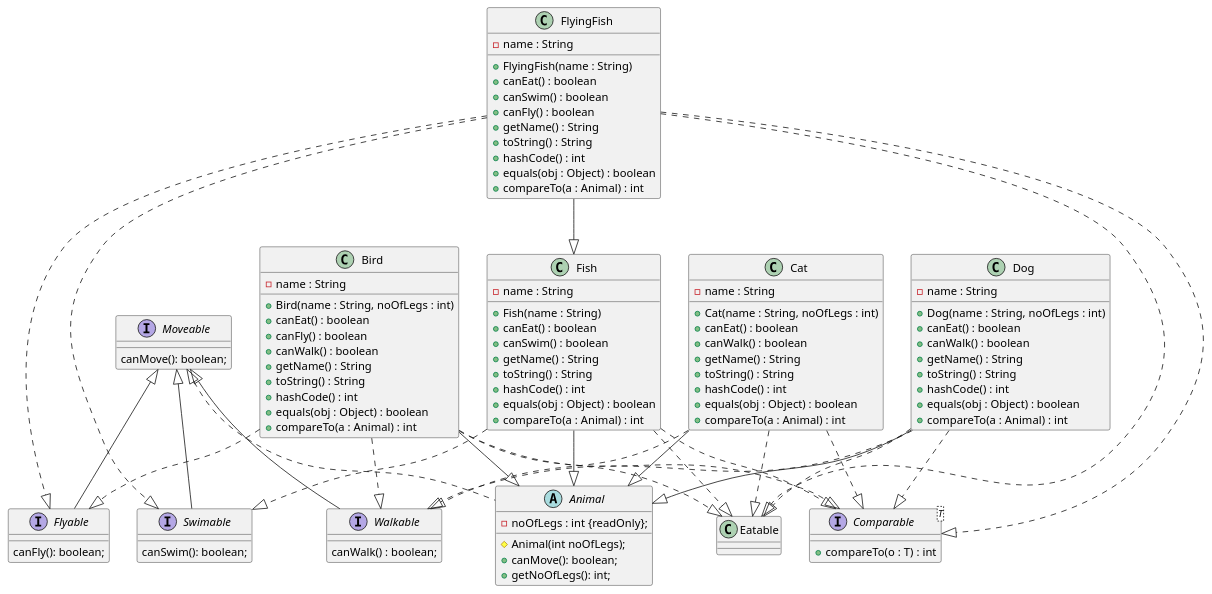
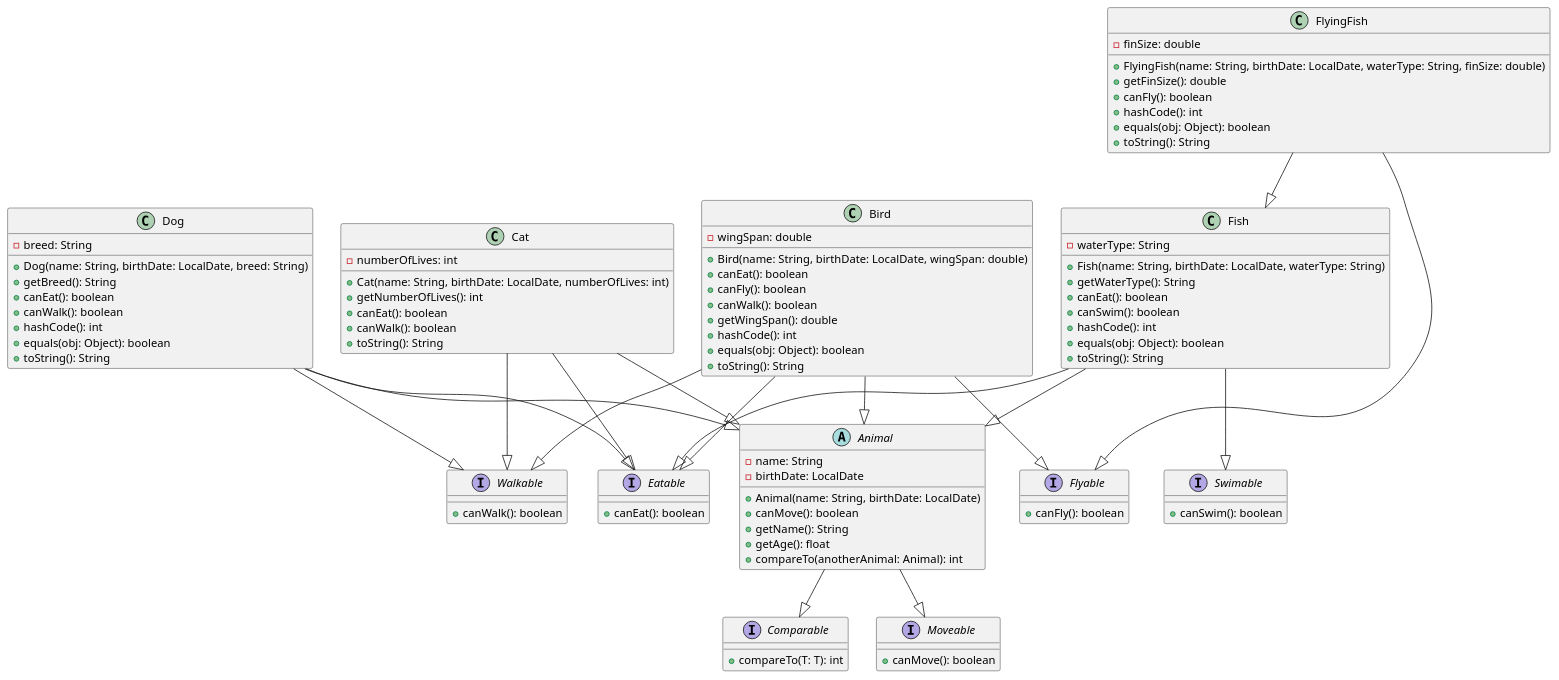
One commit to majidrouhani/idatt2003-inharitance-polymorphism-l6 changed the diagram in src/main/java/edu/ntnu/idatt2003/lectures/interfaces/animal/puml/animal.puml. Above: the diagram before and after it, drawn with PlantUML. The commit also changed 2 other files, not shown here.

```diff
--- a/src/main/java/edu/ntnu/idatt2003/lectures/interfaces/animal/puml/animal.puml
+++ b/src/main/java/edu/ntnu/idatt2003/lectures/interfaces/animal/puml/animal.puml
@@ -1,120 +1,115 @@
 @startuml
+abstract class Animal {
+  -name: String
+  -birthDate: LocalDate
+  +Animal(name: String, birthDate: LocalDate)
+  +canMove(): boolean
+  +getName(): String
+  +getAge(): float
+  +compareTo(anotherAnimal: Animal): int
+}
+class Bird {
+  -wingSpan: double
+  +Bird(name: String, birthDate: LocalDate, wingSpan: double)
+  +canEat(): boolean
+  +canFly(): boolean
+  +canWalk(): boolean
+  +getWingSpan(): double
+  +hashCode(): int
+  +equals(obj: Object): boolean
+  +toString(): String
+}
+
+class Cat {
+  -numberOfLives: int
+  +Cat(name: String, birthDate: LocalDate, numberOfLives: int)
+  +getNumberOfLives(): int
+  +canEat(): boolean
+  +canWalk(): boolean
+  +toString(): String
+}
+
+class Dog {
+  -breed: String
+  +Dog(name: String, birthDate: LocalDate, breed: String)
+  +getBreed(): String
+  +canEat(): boolean
+  +canWalk(): boolean
+  +hashCode(): int
+  +equals(obj: Object): boolean
+  +toString(): String
+}
+
+
+class Fish {
+  -waterType: String
+  +Fish(name: String, birthDate: LocalDate, waterType: String)
+  +getWaterType(): String
+  +canEat(): boolean
+  +canSwim(): boolean
+  +hashCode(): int
+  +equals(obj: Object): boolean
+  +toString(): String
+}
+
+class FlyingFish {
+  -finSize: double
+  +FlyingFish(name: String, birthDate: LocalDate, waterType: String, finSize: double)
+  +getFinSize(): double
+  +canFly(): boolean
+  +hashCode(): int
+  +equals(obj: Object): boolean
+  +toString(): String
+}
+
+interface Comparable {
+  +compareTo(T: T): int
+}
 
 interface Moveable {
-  canMove(): boolean;
+  +canMove(): boolean
 }
 
- abstract class Animal implements Moveable {
-  - noOfLegs : int {readOnly};
-  # Animal(int noOfLegs);
-  + canMove(): boolean;
-  + getNoOfLegs(): int;
+interface Walkable {
+  +canWalk(): boolean
 }
 
-interface Flyable extends Moveable {
-  canFly(): boolean;
+interface Flyable {
+  +canFly(): boolean
 }
 
-interface Swimable extends Moveable {
-  canSwim(): boolean;
+interface Eatable {
+  +canEat(): boolean
 }
 
-interface Walkable extends Moveable {
-  canWalk() : boolean;
+interface Swimable {
+  +canSwim(): boolean
 }
 
-interface Comparable<T> {
-  +compareTo(o : T) : int
-}
 
-class Bird {
-  -name : String
-  +Bird(name : String, noOfLegs : int)
-  +canEat() : boolean
-  +canFly() : boolean
-  +canWalk() : boolean
-  +getName() : String
-  +toString() : String
-  +hashCode() : int
-  +equals(obj : Object) : boolean
-  +compareTo(a : Animal) : int
-}
+Animal --|> Comparable
+Animal --|> Moveable
+
 
 Bird --|> Animal
-Bird ..|> Comparable
-Bird ..|> Walkable
-Bird ..|> Flyable
-Bird ..|> Eatable
+Bird --|> Walkable
+Bird --|> Flyable
+Bird --|> Eatable
 
-class Cat {
-  -name : String
-  +Cat(name : String, noOfLegs : int)
-  +canEat() : boolean
-  +canWalk() : boolean
-  +getName() : String
-  +toString() : String
-  +hashCode() : int
-  +equals(obj : Object) : boolean
-  +compareTo(a : Animal) : int
-}
 
 Cat --|> Animal
-Cat ..|> Comparable
-Cat ..|> Walkable
-Cat ..|> Eatable
-
-class Dog {
-  -name : String
-  +Dog(name : String, noOfLegs : int)
-  +canEat() : boolean
-  +canWalk() : boolean
-  +getName() : String
-  +toString() : String
-  +hashCode() : int
-  +equals(obj : Object) : boolean
-  +compareTo(a : Animal) : int
-}
+Cat --|> Walkable
+Cat --|> Eatable
 
 Dog --|> Animal
-Dog ..|> Comparable
-Dog ..|> Walkable
-Dog ..|> Eatable
-
-class Fish {
-  -name : String
-  +Fish(name : String)
-  +canEat() : boolean
-  +canSwim() : boolean
-  +getName() : String
-  +toString() : String
-  +hashCode() : int
-  +equals(obj : Object) : boolean
-  +compareTo(a : Animal) : int
-}
+Dog --|> Walkable
+Dog --|> Eatable
 
 Fish --|> Animal
-Fish ..|> Comparable
-Fish ..|> Swimable
-Fish ..|> Eatable
-
-class FlyingFish {
-  -name : String
-  +FlyingFish(name : String)
-  +canEat() : boolean
-  +canSwim() : boolean
-  +canFly() : boolean
-  +getName() : String
-  +toString() : String
-  +hashCode() : int
-  +equals(obj : Object) : boolean
-  +compareTo(a : Animal) : int
-}
+Fish --|> Swimable
+Fish --|> Eatable
 
 FlyingFish --|> Fish
-FlyingFish ..|> Comparable
-FlyingFish ..|> Swimable
-FlyingFish ..|> Flyable
-FlyingFish ..|> Eatable
-
+FlyingFish --|> Flyable
 
 @enduml
```
